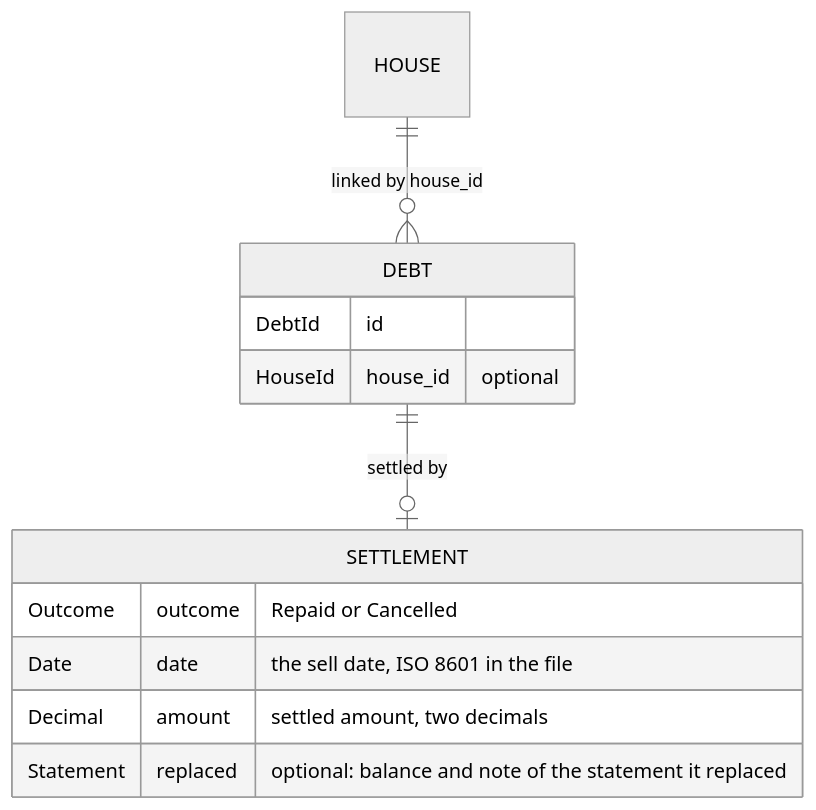
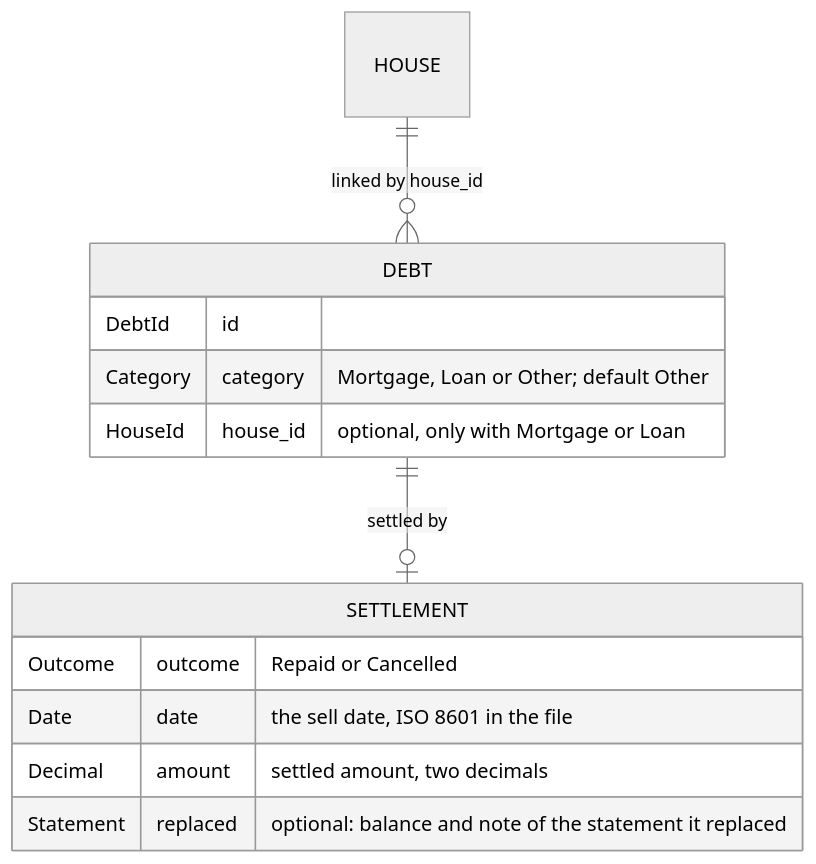
The second of 2 diagrams in docs/csd/CSD-020-debt-linked-to-house.md (BardoelT/personal-finance), drawn with Mermaid (neutral theme) before and after one commit. The commit also changed other lines of this file and 1 other file, not shown here.

Commit message:
docs(csd): link a debt to a house in the debt form, with a debt category (CSD-020 v0.2)

````diff
--- a/docs/csd/CSD-020-debt-linked-to-house.md
+++ b/docs/csd/CSD-020-debt-linked-to-house.md
@@ -404,15 +428,16 @@
 ```mermaid
 erDiagram
     HOUSE ||--o{ DEBT : "linked by house_id"
     DEBT ||--o| SETTLEMENT : "settled by"
     DEBT {
         DebtId id
-        HouseId house_id "optional"
+        Category category "Mortgage, Loan or Other; default Other"
+        HouseId house_id "optional, only with Mortgage or Loan"
     }
     SETTLEMENT {
         Outcome outcome "Repaid or Cancelled"
         Date date "the sell date, ISO 8601 in the file"
         Decimal amount "settled amount, two decimals"
         Statement replaced "optional: balance and note of the statement it replaced"
     }
 ```
````
